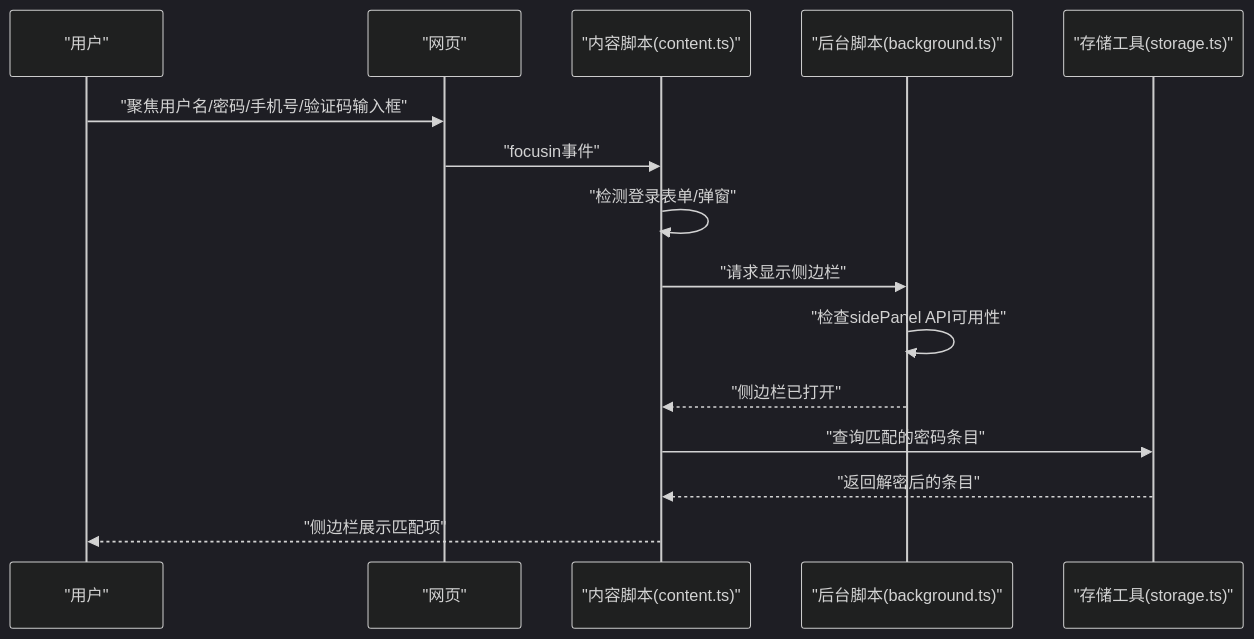
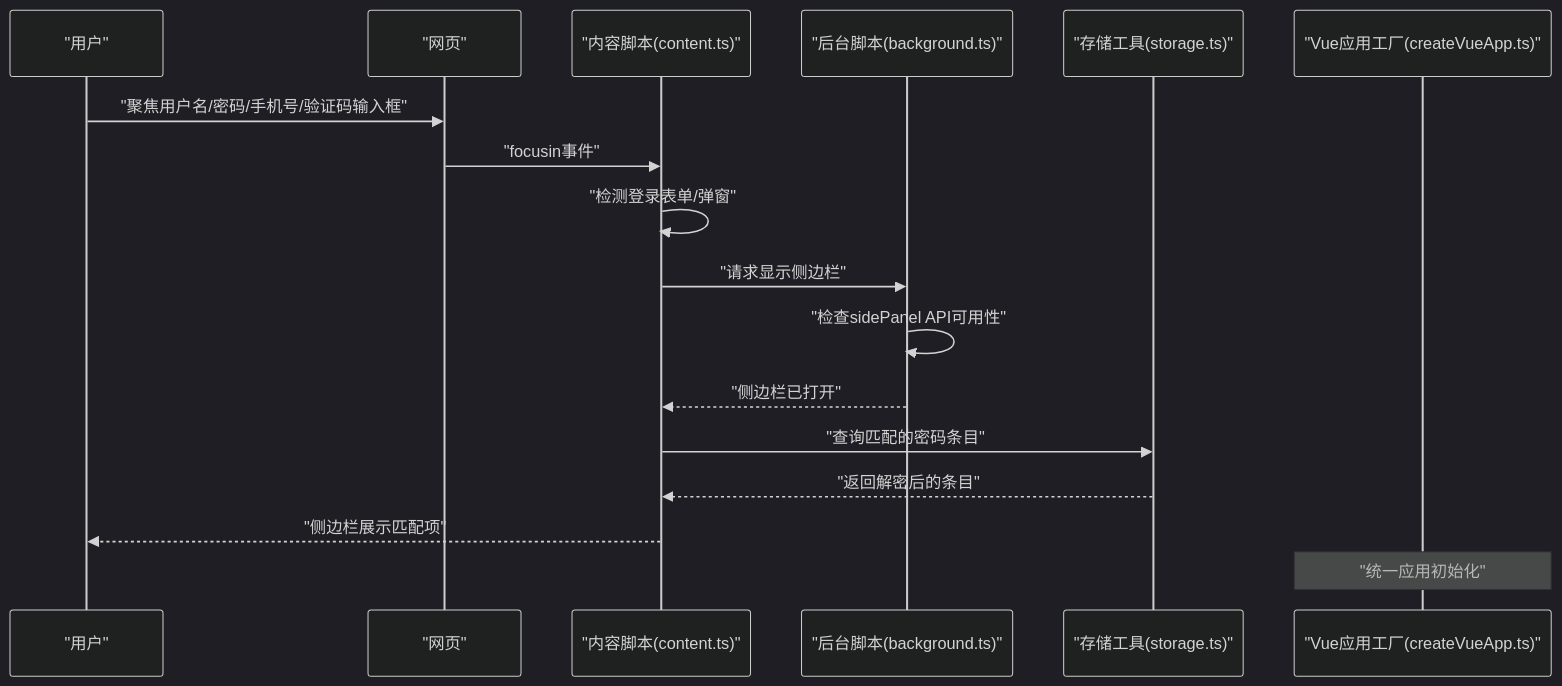
One commit to liaolongdong/account-password-helper changed the second of 7 diagrams in .qoder/repowiki/zh/content/开发指南/开发指南.md. Above: the diagram before and after it, drawn with Mermaid (dark theme). The commit also changed other lines of this file and 23 other files, not shown here.

````diff
--- a/.qoder/repowiki/zh/content/开发指南/开发指南.md
+++ b/.qoder/repowiki/zh/content/开发指南/开发指南.md
@@ -115,17 +137,19 @@
 ```mermaid
 sequenceDiagram
 participant User as "用户"
 participant Page as "网页"
 participant Content as "内容脚本(content.ts)"
 participant Background as "后台脚本(background.ts)"
 participant Storage as "存储工具(storage.ts)"
+participant VueFactory as "Vue应用工厂(createVueApp.ts)"
 User->>Page : "聚焦用户名/密码/手机号/验证码输入框"
 Page->>Content : "focusin事件"
 Content->>Content : "检测登录表单/弹窗"
 Content->>Background : "请求显示侧边栏"
 Background->>Background : "检查sidePanel API可用性"
 Background-->>Content : "侧边栏已打开"
 Content->>Storage : "查询匹配的密码条目"
 Storage-->>Content : "返回解密后的条目"
 Content-->>User : "侧边栏展示匹配项"
+Note over VueFactory : "统一应用初始化"
 ```
````
